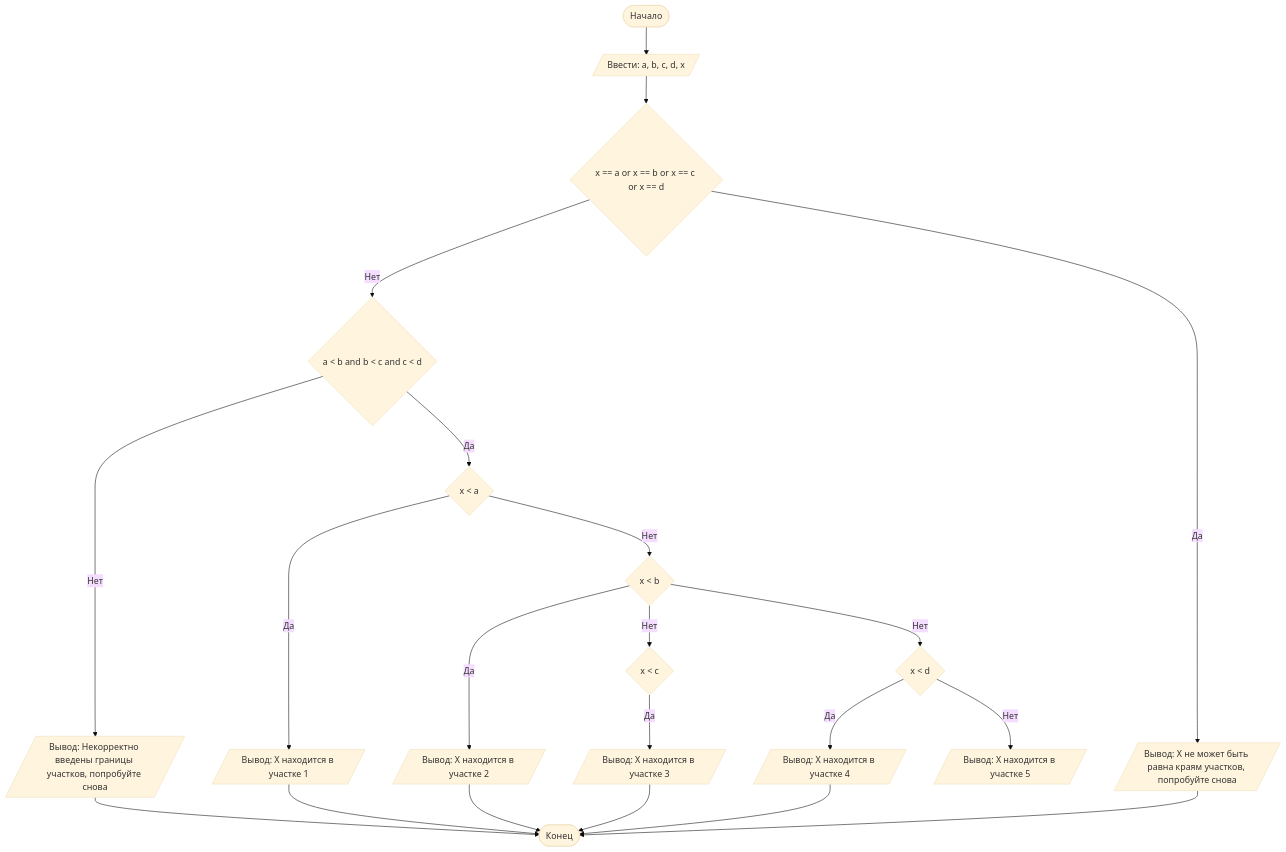
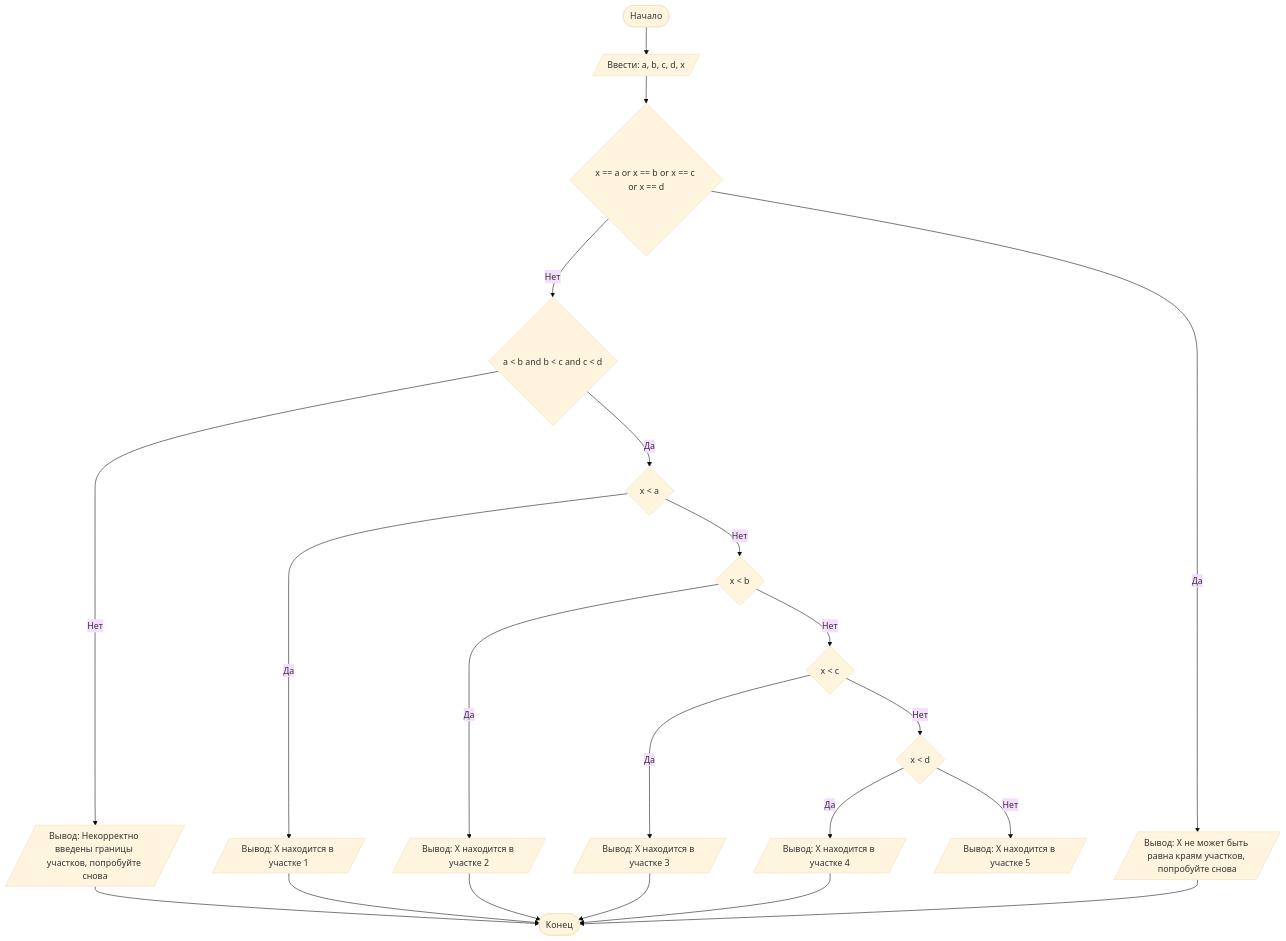
One commit to VerySadCloud/Lab1 changed the diagram in README.md. Above: the diagram before and after it, drawn with Mermaid (base theme).

Commit message:
README fixed

````diff
--- a/README.md
+++ b/README.md
@@ -100,23 +100,23 @@
 ```mermaid
 graph TD
     A([Начало]) --> B[/Ввести: a, b, c, d, x/]
     B --> C{x == a or x == b or x == c or x == d}
     C -- Нет --> E{a < b and b < c and c < d}
     E -- Нет --> F[/Вывод: Некорректно введены границы участков, попробуйте снова/]
     F --> Z
     E -- Да --> G{x < a}
     G -- Да --> H[/Вывод: X находится в участке 1/]
     H --> Z
     G -- Нет --> I{x < b}
     I -- Да --> J[/Вывод: X находится в участке 2/]
     J --> Z
     I -- Нет --> K{x < c}
     K -- Да --> L[/Вывод: X находится в участке 3/]
     L --> Z
-    I -- Нет --> M{x < d}
+    K -- Нет --> M{x < d}
     M -- Да --> N[/Вывод: X находится в участке 4/]
     N --> Z
     M -- Нет --> O[/Вывод: X находится в участке 5/]
     C -- Да --> D[/Вывод: X не может быть равна краям участков, попробуйте снова/]
     D --> Z([Конец])
   ```
````
